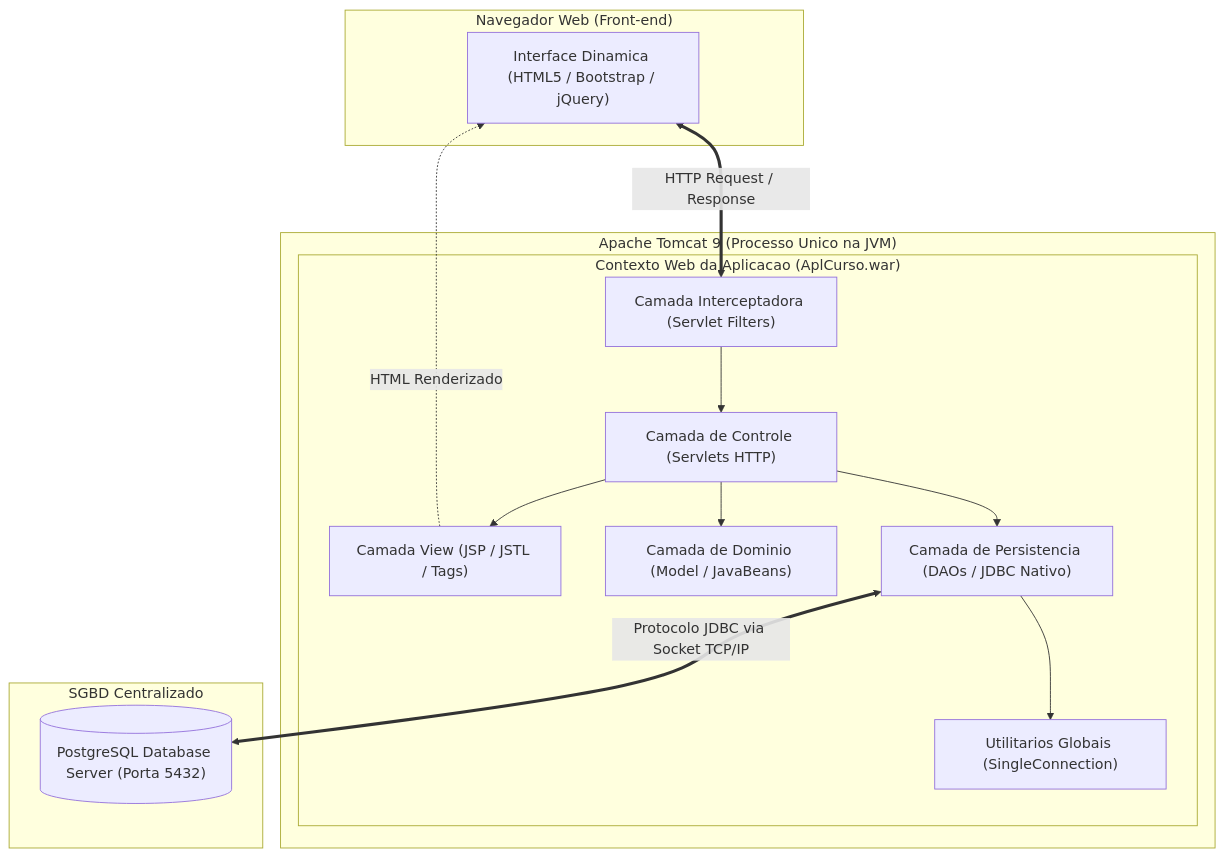
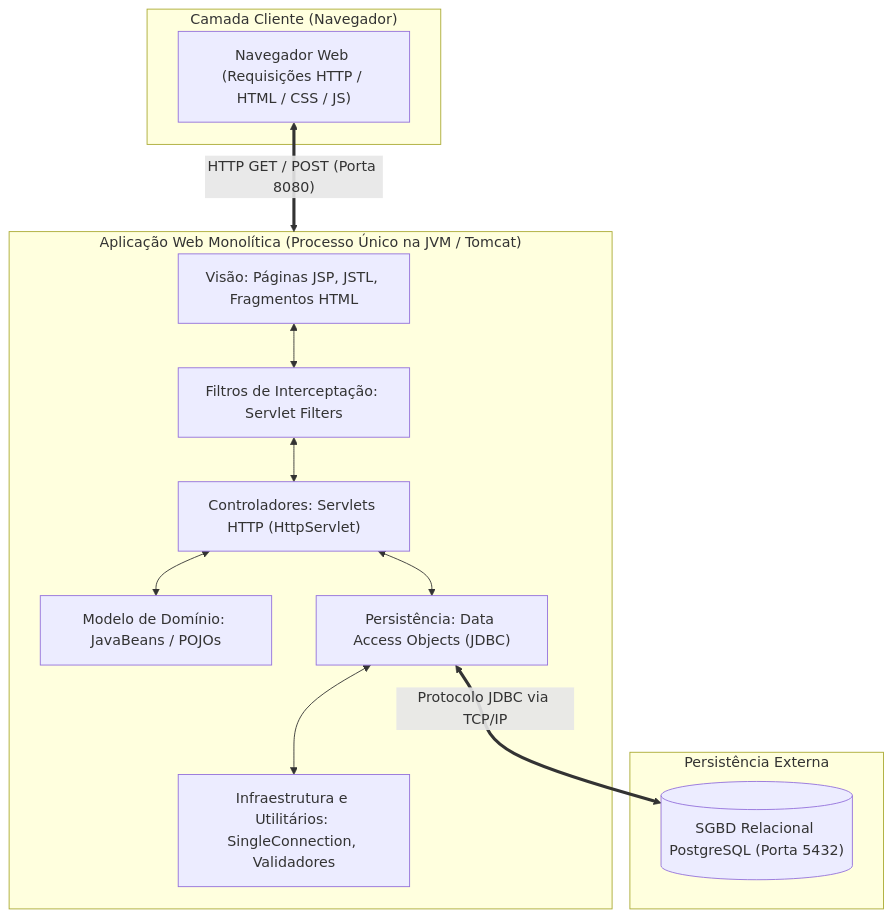
Before and after one commit to murilolol/unifef: the third of 19 diagrams in 3º Semestre/[Prof. Jefferson Passerini] Laboratório de Programação III/Resumos-IA/Caderno-Consolidado.md, drawn with Mermaid. The commit also changed other lines of this file and 25 other files, not shown here.

````diff
--- a/3º Semestre/[Prof. Jefferson Passerini] Laboratório de Programação III/Resumos-IA/Caderno-Consolidado.md
+++ b/3º Semestre/[Prof. Jefferson Passerini] Laboratório de Programação III/Resumos-IA/Caderno-Consolidado.md
@@ -580,30 +192,28 @@
 ```mermaid
 flowchart TD
-    subgraph Cliente["Navegador Web (Front-end)"]
-        Browser["Interface Dinamica (HTML5 / Bootstrap / jQuery)"]
+    subgraph Cliente["Camada Cliente (Navegador)"]
+        Browser["Navegador Web (Requisições HTTP / HTML / CSS / JS)"]
     end
 
-    subgraph ContainerWeb["Apache Tomcat 9 (Processo Unico na JVM)"]
-        subgraph ModuloWeb["Contexto Web da Aplicacao (AplCurso.war)"]
-            View["Camada View (JSP / JSTL / Tags)"]
-            Filtros["Camada Interceptadora (Servlet Filters)"]
-            Controllers["Camada de Controle (Servlets HTTP)"]
-            Dominio["Camada de Dominio (Model / JavaBeans)"]
-            Persistencia["Camada de Persistencia (DAOs / JDBC Nativo)"]
-            Utilitarios["Utilitarios Globais (SingleConnection)"]
-        end
+    subgraph Monolito["Aplicação Web Monolítica (Processo Único na JVM / Tomcat)"]
+        View["Visão: Páginas JSP, JSTL, Fragmentos HTML"]
+        Filter["Filtros de Interceptação: Servlet Filters"]
+        Controller["Controladores: Servlets HTTP (HttpServlet)"]
+        Model["Modelo de Domínio: JavaBeans / POJOs"]
+        DAO["Persistência: Data Access Objects (JDBC)"]
+        Utils["Infraestrutura e Utilitários: SingleConnection, Validadores"]
+        
+        View <--> Filter
+        Filter <--> Controller
+        Controller <--> Model
+        Controller <--> DAO
+        DAO <--> Utils
     end
 
-    subgraph Armazenamento["SGBD Centralizado"]
-        Postgres[("PostgreSQL Database Server (Porta 5432)")]
+    subgraph Armazenamento["Persistência Externa"]
+        Postgres[("SGBD Relacional PostgreSQL (Porta 5432)")]
     end
 
-    Browser <==>|"HTTP Request / Response"| Filtros
-    Filtros --> Controllers
-    Controllers --> Dominio
-    Controllers --> Persistencia
-    Persistencia --> Utilitarios
-    Persistencia <==>|"Protocolo JDBC via Socket TCP/IP"| Postgres
-    Controllers --> View
-    View -.->|"HTML Renderizado"| Browser
+    Browser <==>|"HTTP GET / POST (Porta 8080)"| Monolito
+    DAO <==>|"Protocolo JDBC via TCP/IP"| Postgres
 ```
````
